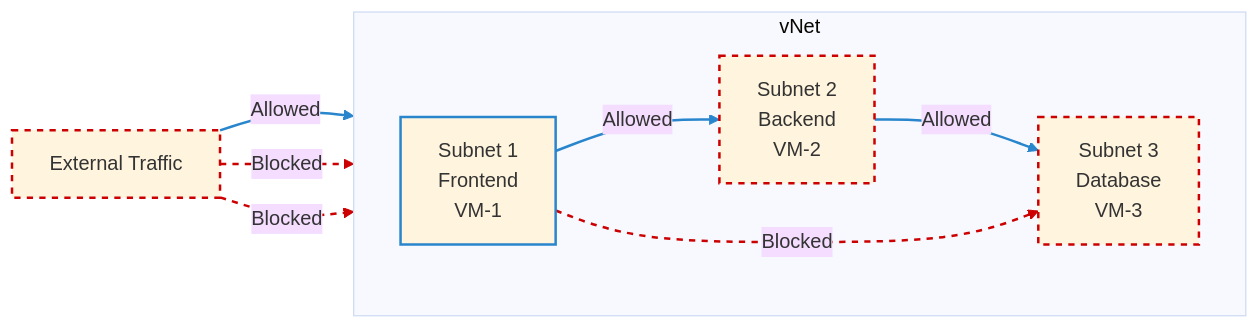
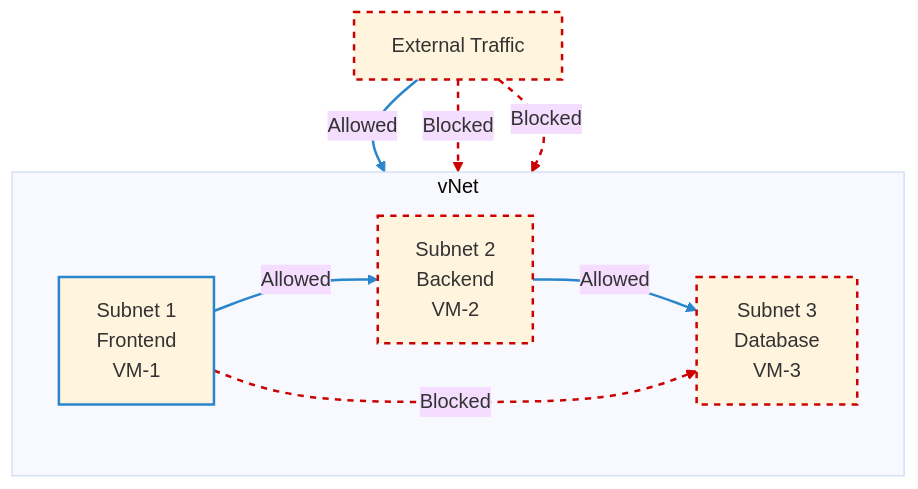
One commit to hrittikhere/diagrams changed the second of 2 diagrams in network-segmentation.md. Above: the diagram before and after it, drawn with Mermaid (base theme). The commit also changed other lines of this file, not shown here.

````diff
--- a/network-segmentation.md
+++ b/network-segmentation.md
@@ -39,39 +46,39 @@
 ```mermaid
 
-flowchart LR
+graph TB
     ext[External Traffic]
     sub1[Subnet 1<br/>Frontend<br/>VM-1]
     sub2[Subnet 2<br/>Backend<br/>VM-2]
     sub3[Subnet 3<br/>Database<br/>VM-3]
 
     %% Group subnets inside vNet
     subgraph vNet [vNet]
         direction LR
         sub1
         sub2
         sub3
     end
 
     %% Allowed traffic flows (blue)
     ext -- "Allowed" --> sub1
     sub1 -- "Allowed" --> sub2
     sub2 -- "Allowed" --> sub3
 
     %% Blocked traffic flows (red)
     ext -. "Blocked" .-> sub2
     ext -. "Blocked" .-> sub3
     sub1 -. "Blocked" .-> sub3
 
     %% Styling for clarity
     classDef allowed stroke:#2986cc,stroke-width:2px;
     classDef blocked stroke:#cc0000,stroke-dasharray: 5 5,stroke-width:2px;
     class ext,sub1,sub2,sub3 allowed;
     class ext,sub2,sub3 blocked;
     linkStyle 0 stroke:#2986cc,stroke-width:2px;
     linkStyle 1 stroke:#2986cc,stroke-width:2px;
     linkStyle 2 stroke:#2986cc,stroke-width:2px;
     linkStyle 3 stroke:#cc0000,stroke-width:2px,stroke-dasharray: 5 5;
     linkStyle 4 stroke:#cc0000,stroke-width:2px,stroke-dasharray: 5 5;
     linkStyle 5 stroke:#cc0000,stroke-width:2px,stroke-dasharray: 5 5;
 
 ```
````
